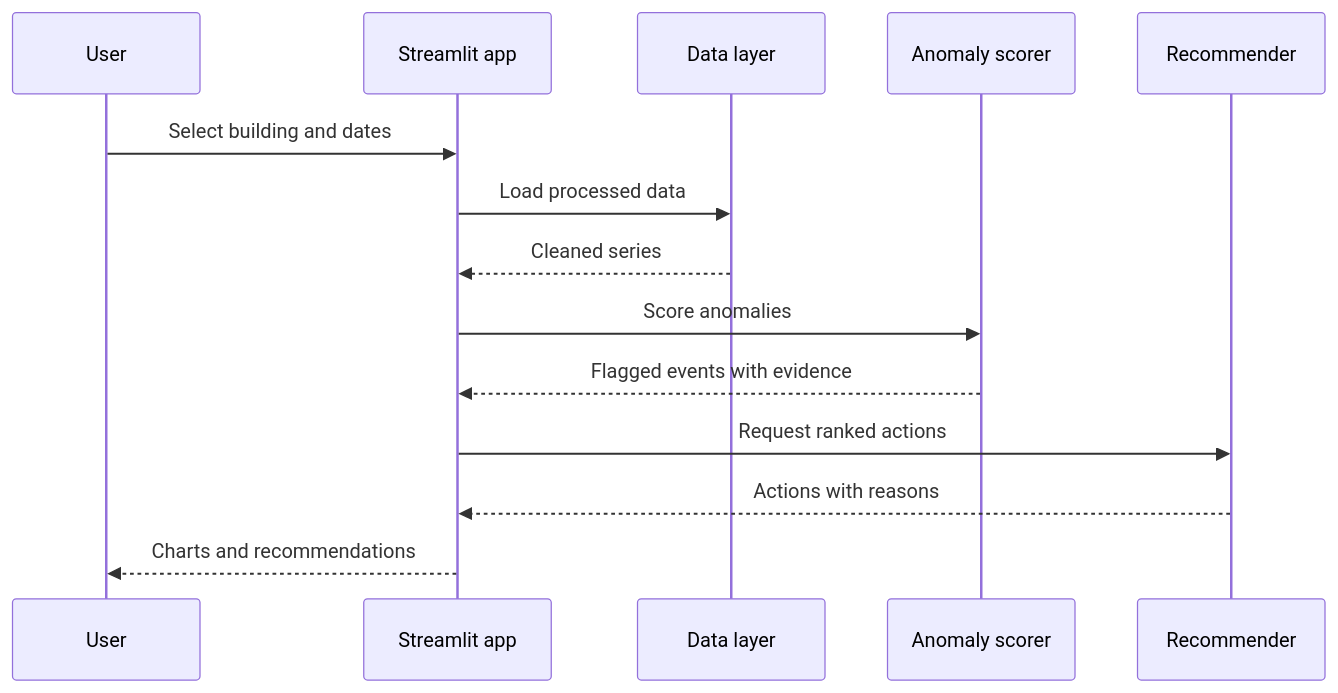
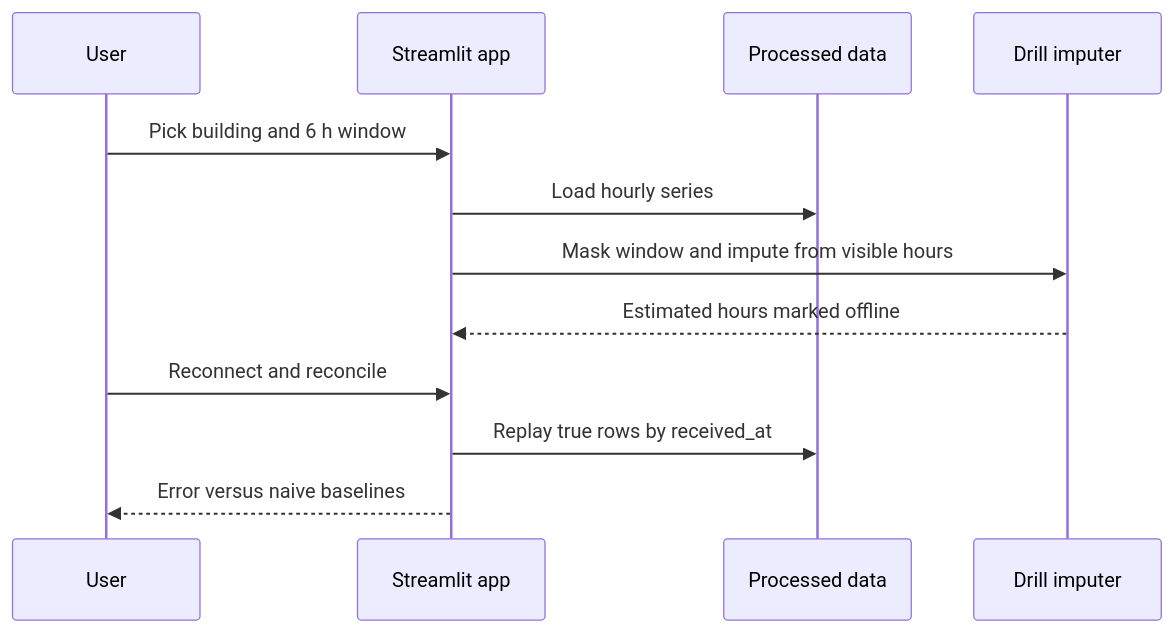
Before and after one commit to HARDIKSINGH150206/p2p: the second of 2 diagrams in docs/ARCHITECTURE_AND_DATAFLOW.md, drawn with Mermaid. The commit also changed other lines of this file and 8 other files, not shown here.

````diff
--- a/docs/ARCHITECTURE_AND_DATAFLOW.md
+++ b/docs/ARCHITECTURE_AND_DATAFLOW.md
@@ -30,16 +32,14 @@
 ```mermaid
 sequenceDiagram
   participant U as User
   participant UI as Streamlit app
-  participant D as Data layer
-  participant M as Anomaly scorer
-  participant R as Recommender
-  U->>UI: Select building and dates
-  UI->>D: Load processed data
-  D-->>UI: Cleaned series
-  UI->>M: Score anomalies
-  M-->>UI: Flagged events with evidence
-  UI->>R: Request ranked actions
-  R-->>UI: Actions with reasons
-  UI-->>U: Charts and recommendations
+  participant P as Processed data
+  participant D as Drill imputer
+  U->>UI: Pick building and 6 h window
+  UI->>P: Load hourly series
+  UI->>D: Mask window and impute from visible hours
+  D-->>UI: Estimated hours marked offline
+  U->>UI: Reconnect and reconcile
+  UI->>P: Replay true rows by received_at
+  UI-->>U: Error versus naive baselines
 ```
````
